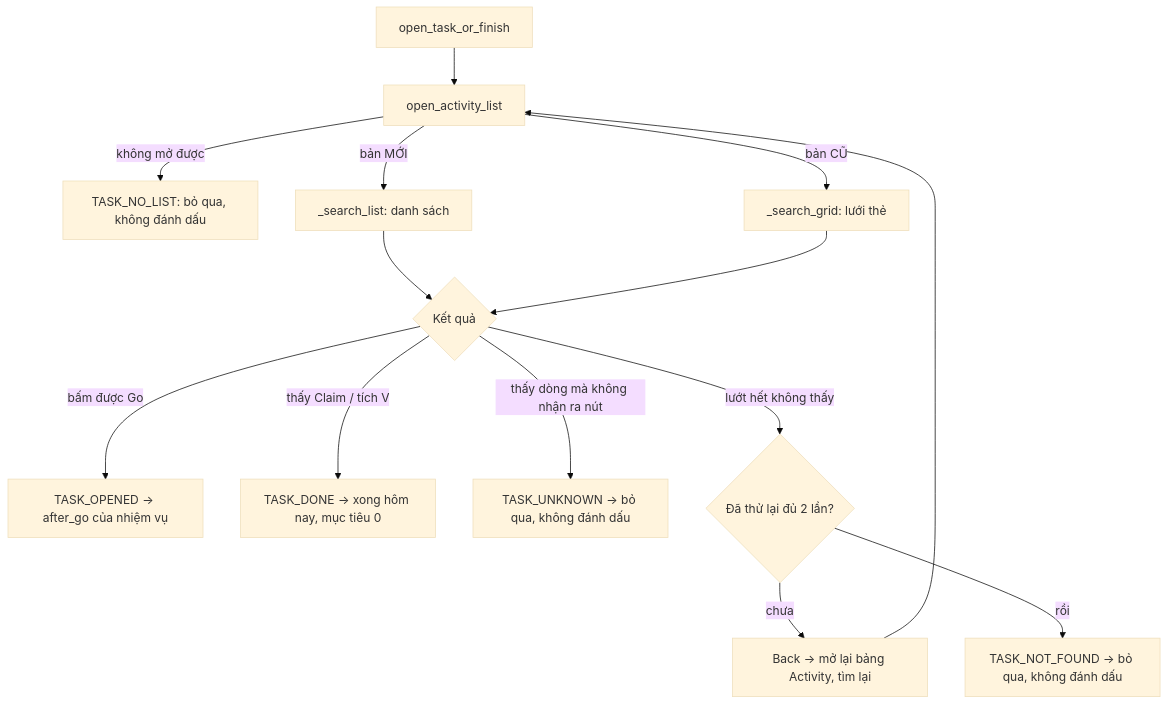
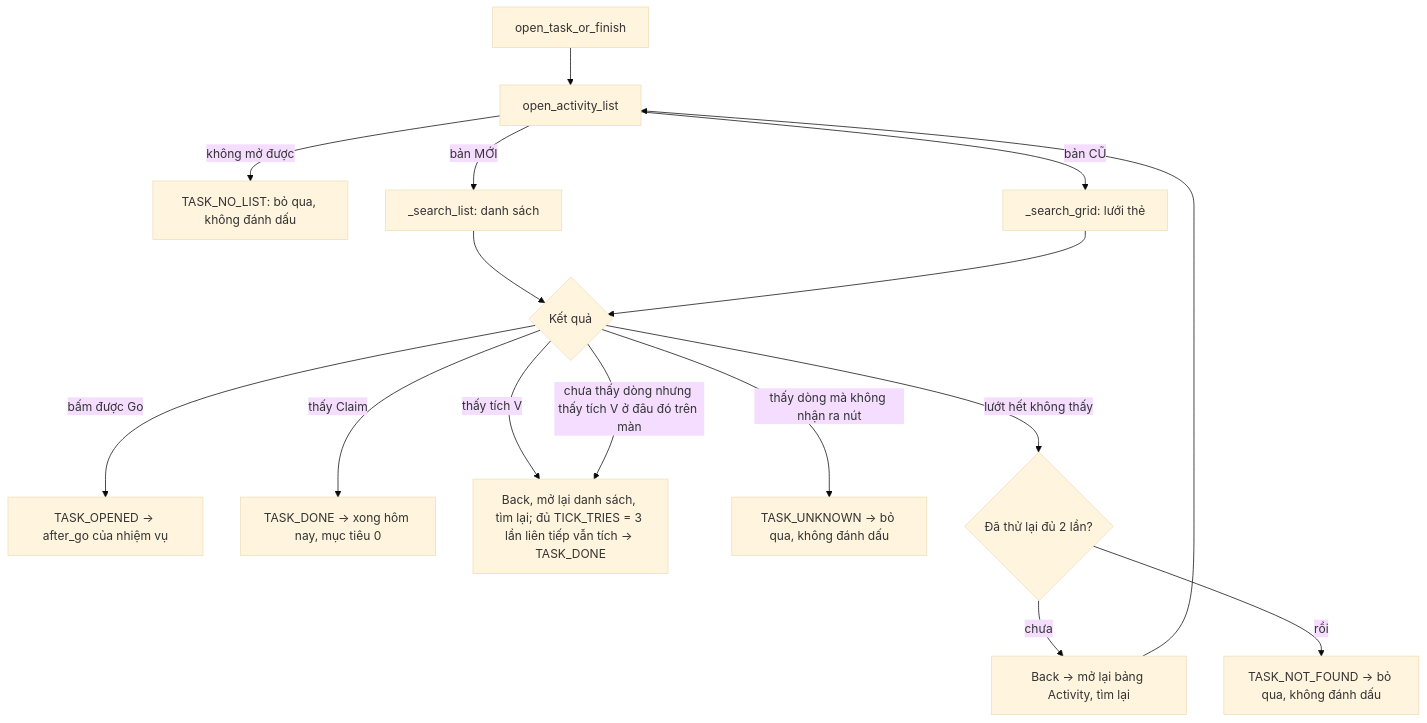
Before and after one commit to Hoangkz/EvonyBot: the first of 2 diagrams in bot/activities/daily_activities/OPEN_TASK.md, drawn with Mermaid (base theme). The commit also changed other lines of this file and 118 other files, not shown here.

````diff
--- a/bot/activities/daily_activities/OPEN_TASK.md
+++ b/bot/activities/daily_activities/OPEN_TASK.md
@@ -12,15 +12,17 @@
 ```mermaid
 flowchart TD
     A[open_task_or_finish] --> B[open_activity_list]
     B -->|không mở được| NL[TASK_NO_LIST: bỏ qua, không đánh dấu]
     B -->|bản MỚI| L[_search_list: danh sách]
     B -->|bản CŨ| G[_search_grid: lưới thẻ]
     L --> R{Kết quả}
     G --> R
     R -->|bấm được Go| OK[TASK_OPENED → after_go của nhiệm vụ]
-    R -->|thấy Claim / tích V| D[TASK_DONE → xong hôm nay, mục tiêu 0]
+    R -->|thấy Claim| D[TASK_DONE → xong hôm nay, mục tiêu 0]
+    R -->|thấy tích V| K[Back, mở lại danh sách, tìm lại; đủ TICK_TRIES = 3 lần liên tiếp vẫn tích → TASK_DONE]
+    R -->|chưa thấy dòng nhưng thấy tích V ở đâu đó trên màn| K
     R -->|thấy dòng mà không nhận ra nút| U[TASK_UNKNOWN → bỏ qua, không đánh dấu]
     R -->|lướt hết không thấy| N{Đã thử lại đủ 2 lần?}
     N -->|chưa| BK[Back → mở lại bảng Activity, tìm lại] --> B
     N -->|rồi| NF[TASK_NOT_FOUND → bỏ qua, không đánh dấu]
 ```
````
